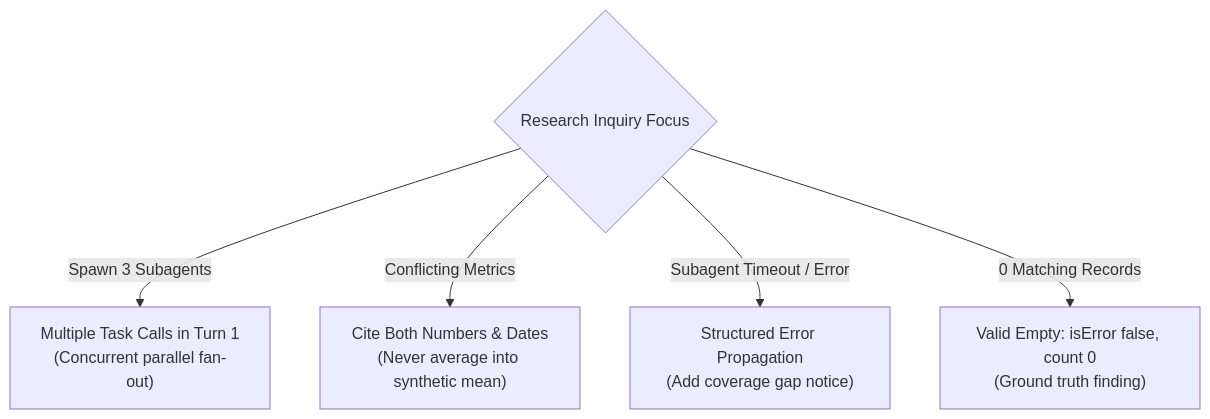
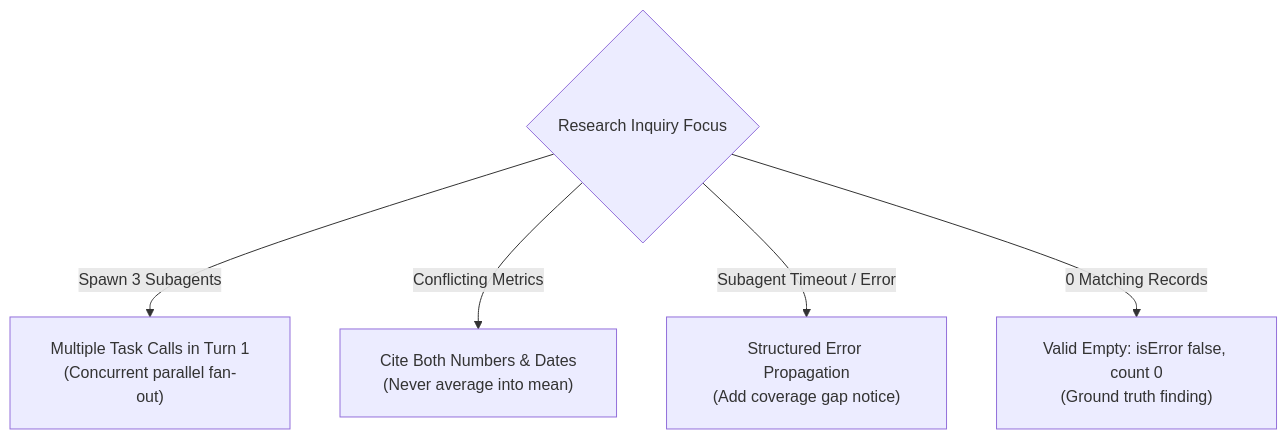
The first of 3 diagrams in scenarios/scenario_3_multi_agent_research/SCENARIO_GUIDE.md (dip4k/claude_cert_architect_foundation_prep), drawn with Mermaid before and after one commit. The commit also changed other lines of this file and 31 other files, not shown here.

First line of the commit message:
docs(diagrams): fix text trimming, padding, and layout in all mermaid diagrams

````diff
--- a/scenarios/scenario_3_multi_agent_research/SCENARIO_GUIDE.md
+++ b/scenarios/scenario_3_multi_agent_research/SCENARIO_GUIDE.md
@@ -53,8 +53,9 @@
 ```mermaid
+%%{init: {"flowchart": {"htmlLabels": true, "padding": 20}}}%%
 flowchart TD
     Start{Research Inquiry Focus}
     Start -->|Spawn 3 Subagents| D1["Multiple Task Calls in Turn 1<br/>(Concurrent parallel fan-out)"]
-    Start -->|Conflicting Metrics| D2["Cite Both Numbers & Dates<br/>(Never average into synthetic mean)"]
+    Start -->|Conflicting Metrics| D2["Cite Both Numbers & Dates<br/>(Never average into mean)"]
     Start -->|Subagent Timeout / Error| D3["Structured Error Propagation<br/>(Add coverage gap notice)"]
     Start -->|0 Matching Records| D4["Valid Empty: isError false, count 0<br/>(Ground truth finding)"]
 ```
````
